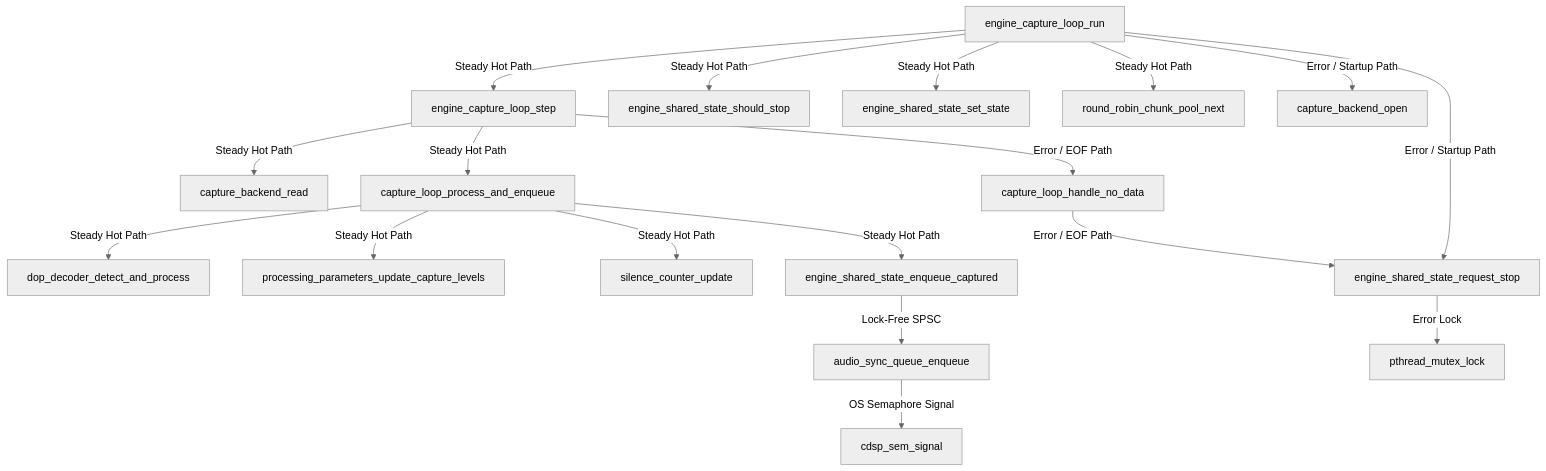
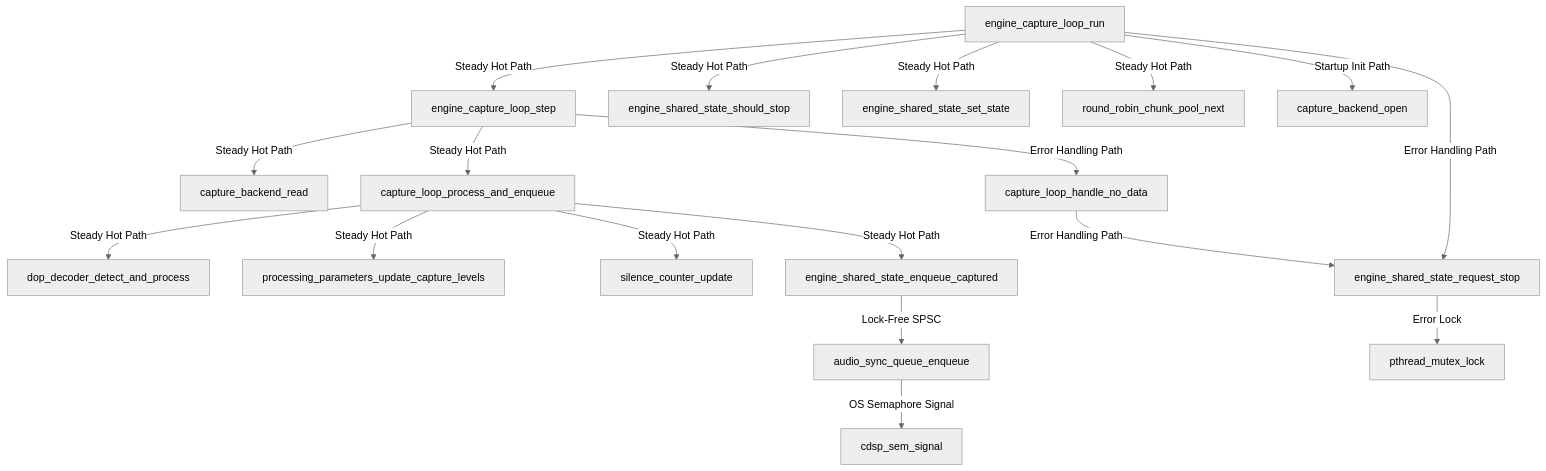
The first of 3 diagrams in callgraph_audit_report.md (Wang-Yue/cdsp), drawn with Mermaid (neutral theme) before and after one commit. The commit also changed other lines of this file and 1 other file, not shown here.

Commit message:
docs: update call graph audit report to include allocation auditing and refine architectural motivations

````diff
--- a/callgraph_audit_report.md
+++ b/callgraph_audit_report.md
@@ -42,24 +42,24 @@
 ```mermaid
 graph TD
     engine_capture_loop_run -->|Steady Hot Path| engine_capture_loop_step
     engine_capture_loop_run -->|Steady Hot Path| engine_shared_state_should_stop
     engine_capture_loop_run -->|Steady Hot Path| engine_shared_state_set_state
     engine_capture_loop_run -->|Steady Hot Path| round_robin_chunk_pool_next
-    engine_capture_loop_run -->|Error / Startup Path| capture_backend_open
-    engine_capture_loop_run -->|Error / Startup Path| engine_shared_state_request_stop
+    engine_capture_loop_run -->|Startup Init Path| capture_backend_open
+    engine_capture_loop_run -->|Error Handling Path| engine_shared_state_request_stop
 
     engine_capture_loop_step -->|Steady Hot Path| capture_backend_read
     engine_capture_loop_step -->|Steady Hot Path| capture_loop_process_and_enqueue
-    engine_capture_loop_step -->|Error / EOF Path| capture_loop_handle_no_data
+    engine_capture_loop_step -->|Error Handling Path| capture_loop_handle_no_data
 
     capture_loop_process_and_enqueue -->|Steady Hot Path| dop_decoder_detect_and_process
     capture_loop_process_and_enqueue -->|Steady Hot Path| processing_parameters_update_capture_levels
     capture_loop_process_and_enqueue -->|Steady Hot Path| silence_counter_update
     capture_loop_process_and_enqueue -->|Steady Hot Path| engine_shared_state_enqueue_captured
 
     engine_shared_state_enqueue_captured -->|Lock-Free SPSC| audio_sync_queue_enqueue
     audio_sync_queue_enqueue -->|OS Semaphore Signal| cdsp_sem_signal
 
-    capture_loop_handle_no_data -->|Error / EOF Path| engine_shared_state_request_stop
+    capture_loop_handle_no_data -->|Error Handling Path| engine_shared_state_request_stop
     engine_shared_state_request_stop -->|Error Lock| pthread_mutex_lock
 ```
````
